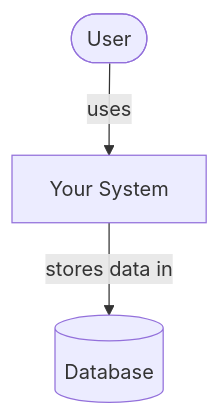
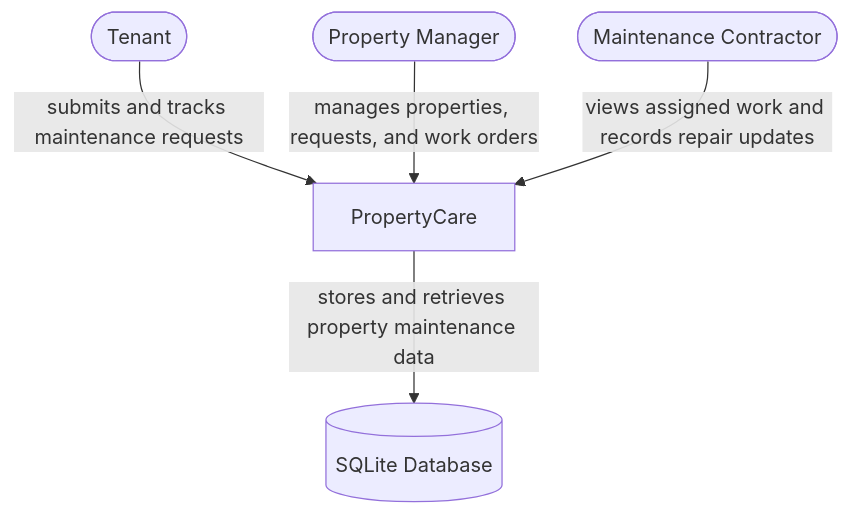
Before and after one commit to JaiKaushik03/cen5064-project-Jai: the first of 4 diagrams in README.md, drawn with Mermaid. The commit also changed other lines of this file, not shown here.

````diff
--- a/README.md
+++ b/README.md
@@ -35,6 +33,13 @@
 ```mermaid
-%% Replace this placeholder with YOUR system's context diagram.
 flowchart TB
-    user([User]) -->|uses| system[Your System]
-    system -->|stores data in| db[(Database)]
+    tenant([Tenant])
+    manager([Property Manager])
+    contractor([Maintenance Contractor])
+    system[PropertyCare]
+    database[(SQLite Database)]
+
+    tenant -->|submits and tracks maintenance requests| system
+    manager -->|manages properties, requests, and work orders| system
+    contractor -->|views assigned work and records repair updates| system
+    system -->|stores and retrieves property maintenance data| database
 ```
````
